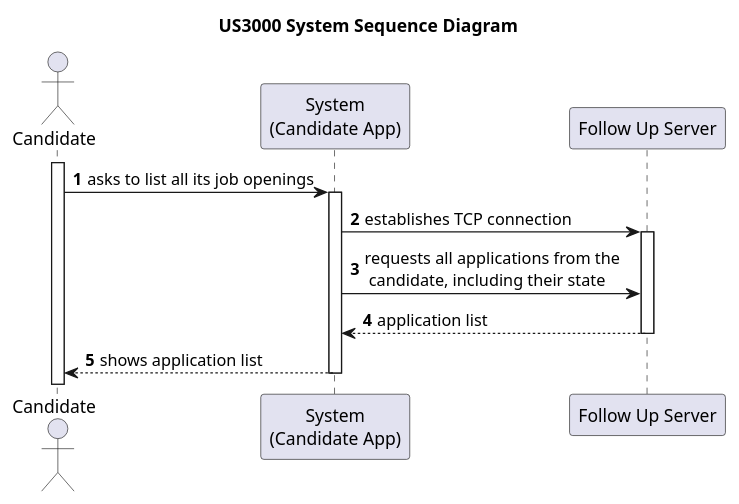
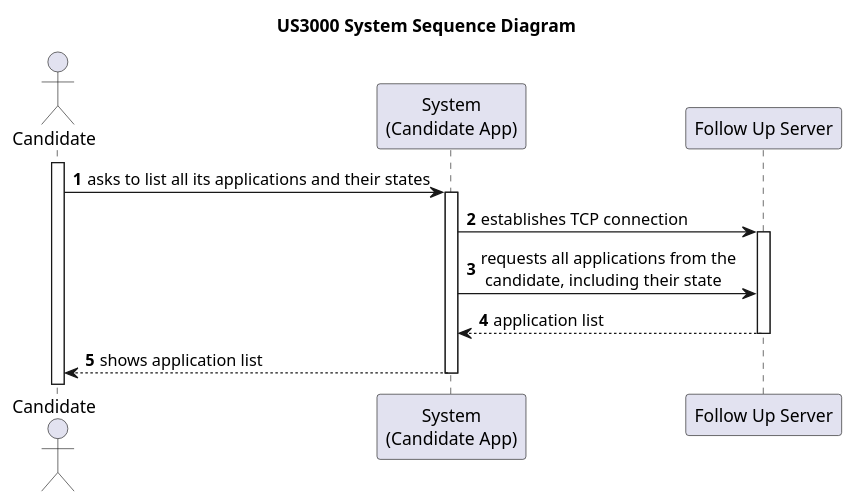
The diagram in docs/sprint-c/us_3000/SSD/US3000_SSD.puml (rita-barbosa/LAPR4-2324), drawn with PlantUML before and after one commit. The commit also changed 1 other file, not shown here.

Commit message:
docs: corrects type mistake in system sequence diagram of us3000.
[#216]

```diff
--- a/docs/sprint-c/us_3000/SSD/US3000_SSD.puml
+++ b/docs/sprint-c/us_3000/SSD/US3000_SSD.puml
@@ -1,27 +1,27 @@
 @startuml US3000_SSD
 
 title US3000 System Sequence Diagram
 
 autonumber
 
 actor "Candidate" as USER
 participant "System\n(Candidate App)" as SYS
 participant "Follow Up Server" as SERVER
 
 activate USER
 
-USER -> SYS : asks to list all its job openings
+USER -> SYS : asks to list all its applications and their states
 activate SYS
 
 SYS -> SERVER : establishes TCP connection
 activate SERVER
 SYS -> SERVER : requests all applications from the\n candidate, including their state
 
 SERVER --> SYS : application list
 deactivate SERVER
 
 SYS --> USER : shows application list
 deactivate SYS
 
 
 @enduml
```
